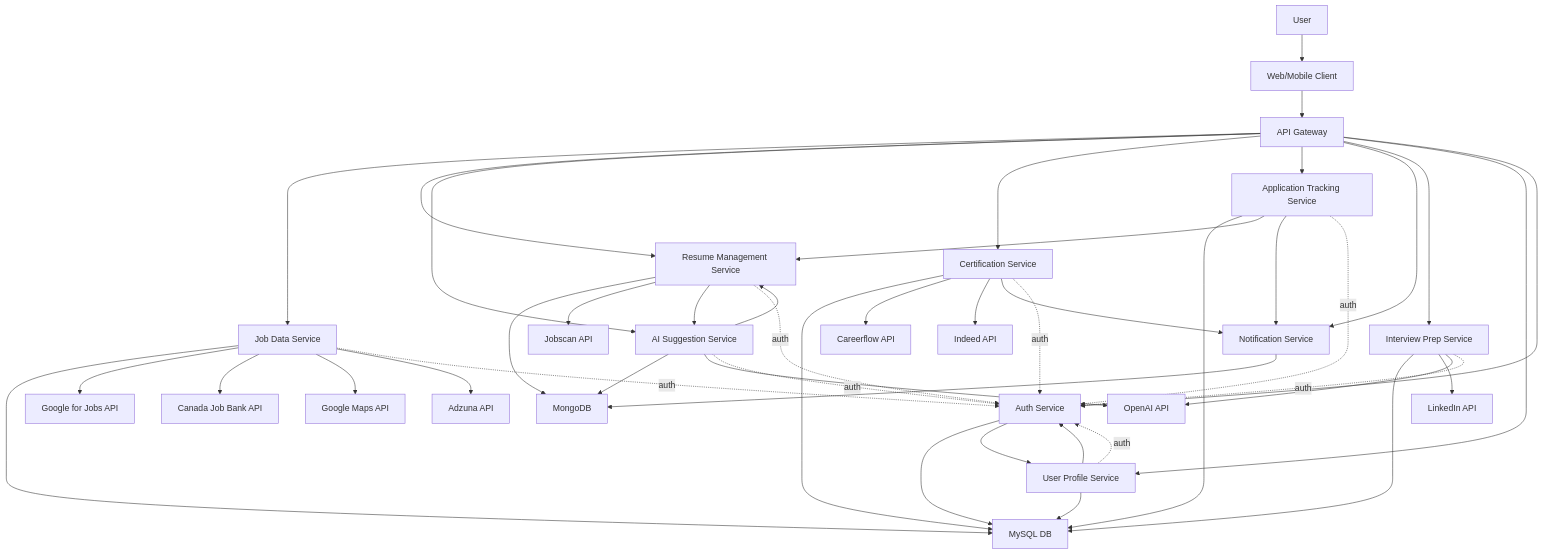
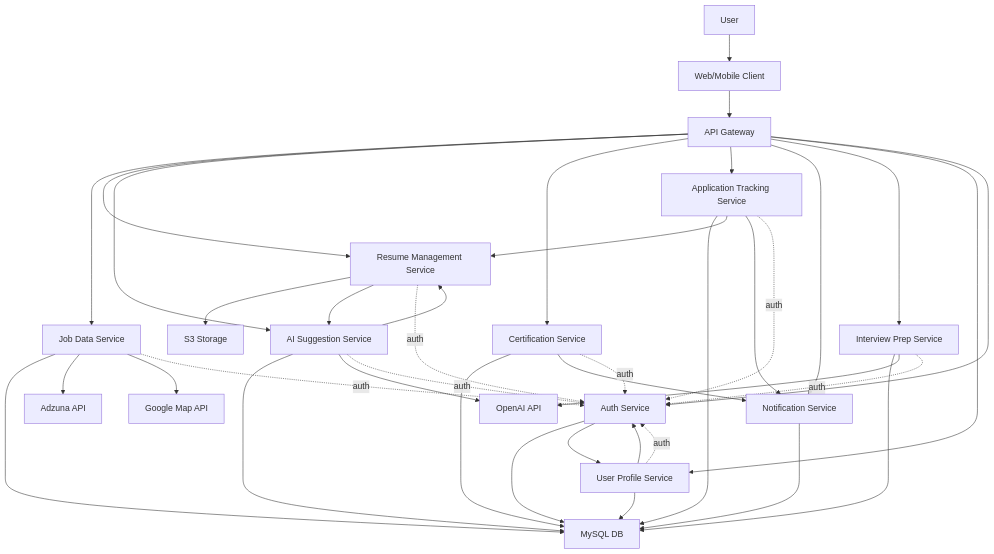
One commit to MariaVSoto/JobQuest_Navigator_CAA changed the diagram in 00 Documents/0099 Final Documents/Architecture Decision/Detailed Microservices Architecture design.md. Above: the diagram before and after it, drawn with Mermaid. The commit also changed other lines of this file and 2 other files, not shown here.

Commit message:
update file Detail Mocroservices Architecture design.md

````diff
--- a/00 Documents/0099 Final Documents/Architecture Decision/Detailed Microservices Architecture design.md
+++ b/00 Documents/0099 Final Documents/Architecture Decision/Detailed Microservices Architecture design.md
@@ -41,40 +41,28 @@
 
     %% Databases
     DB1[MySQL DB]
-    DB2[MongoDB]
+    S3[S3 Storage]
 
     %% Microservices to Databases
     MS1 --> DB1
-    MS2 --> DB2
-    MS3 --> DB2
+    MS2 --> S3
+    MS3 --> DB1
     MS4 --> DB1
     MS5 --> DB1
-    MS6 --> DB2
+    MS6 --> DB1
     MS7 --> DB1
     MS8 --> DB1
     MS9 --> DB1
 
     %% External Services
-    Ext1[Google for Jobs API]
-    Ext2[Canada Job Bank API]
-    Ext3[Jobscan API]
-    Ext4[Careerflow API]
-    Ext5[Indeed API]
-    Ext6[LinkedIn API]
-    Ext7[OpenAI API]
-    Ext8[Google Maps API]
-    Ext9[Adzuna API]
+    Ext1[Adzuna API]
+    Ext2[Google Map API]
+    Ext3[OpenAI API]
 
     MS1 --> Ext1
     MS1 --> Ext2
-    MS1 --> Ext8
-    MS1 --> Ext9
-    MS2 --> Ext3
-    MS3 --> Ext7
-    MS4 --> Ext4
-    MS4 --> Ext5
-    MS7 --> Ext6
-    MS7 --> Ext7
+    MS7 --> Ext3
+    MS3 --> Ext3
 
     %% Inter-service communication
     MS2 --> MS3
@@ -93,5 +81,4 @@
     MS5 -.->|auth| MS9
     MS7 -.->|auth| MS9
     MS8 -.->|auth| MS9
-
 ```
````
